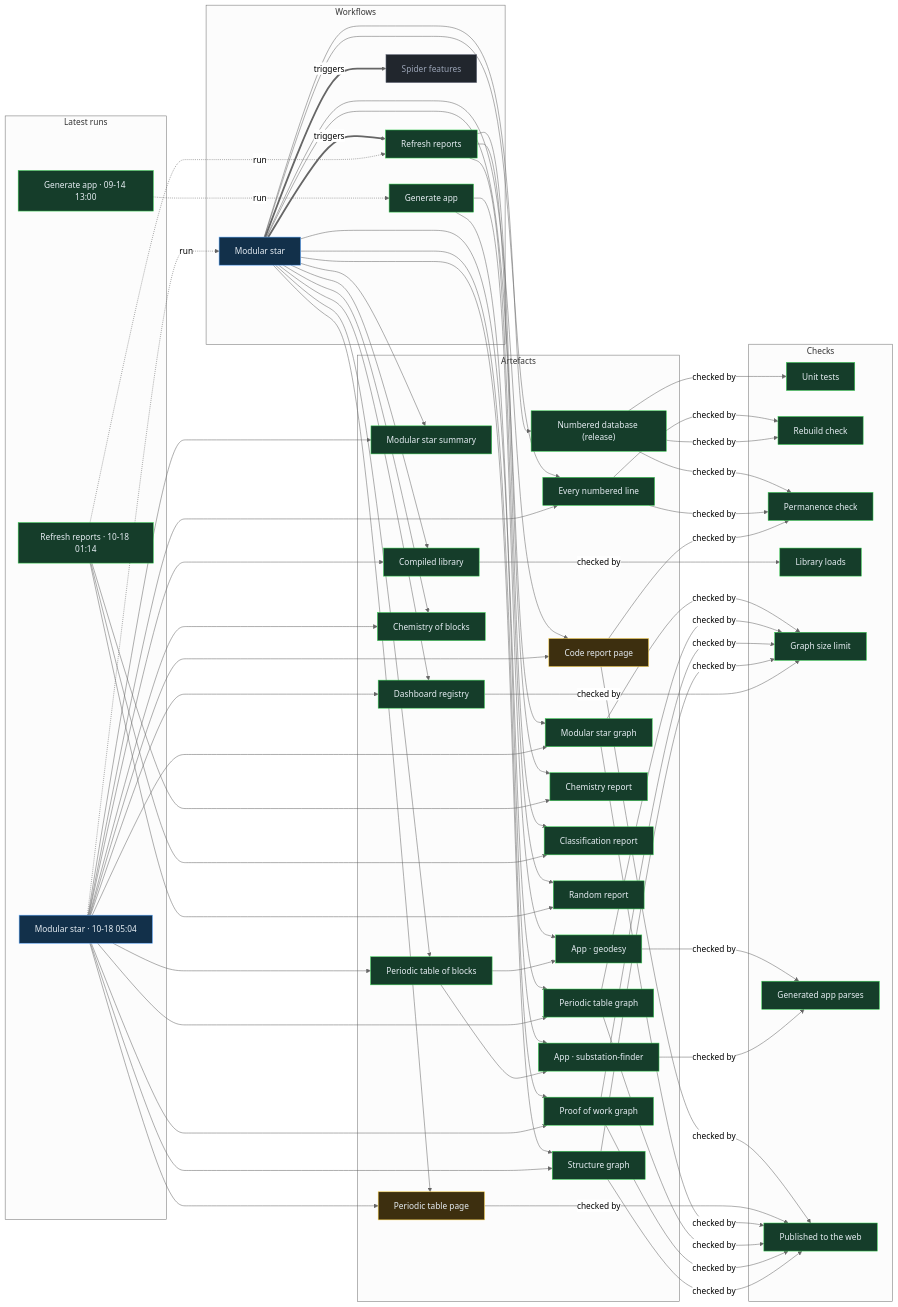
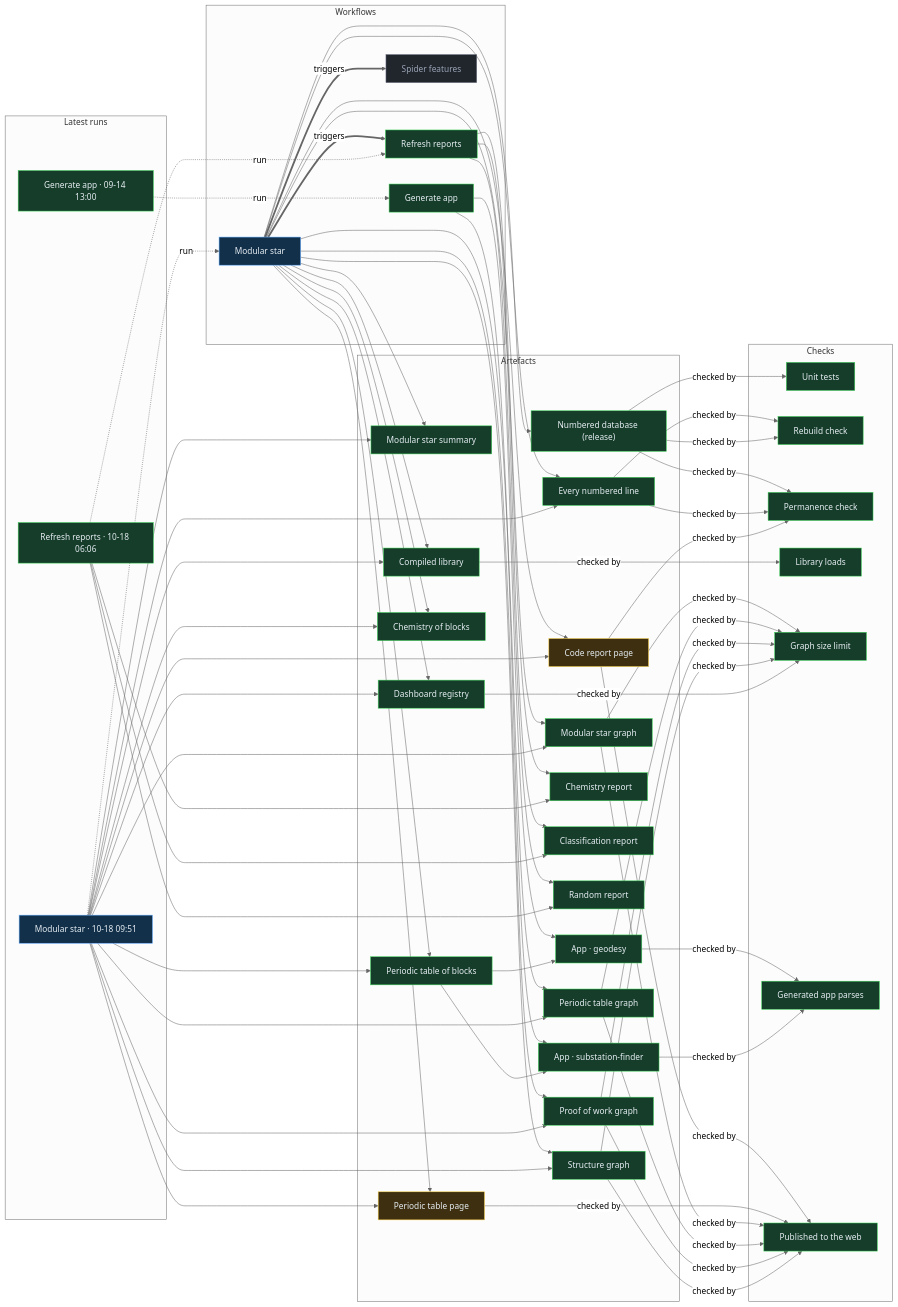
One commit to Ventusltd/stars changed the diagram in proof/PROOF.md. Above: the diagram before and after it, drawn with Mermaid (neutral theme). The commit also changed other lines of this file and 35 other files, not shown here.

Commit message:
Modular star 2026-10-18T09:53Z

```diff
--- a/proof/PROOF.md
+++ b/proof/PROOF.md
@@ -24,8 +24,8 @@
   n_wf_spider_features["Spider features"]:::off
   end
   subgraph g_runs["Latest runs"]
-  n_run_39099315256["Modular star · 10-18 05:04"]:::live
-  n_run_39085768156["Refresh reports · 10-18 01:14"]:::ok
+  n_run_39116988619["Modular star · 10-18 09:51"]:::live
+  n_run_39102843668["Refresh reports · 10-18 06:06"]:::ok
   n_run_34846587798["Generate app · 09-14 13:00"]:::ok
   end
   subgraph g_artefacts["Artefacts"]
@@ -59,39 +59,39 @@
   end
   n_wf_modular_star == triggers ==> n_wf_refresh
   n_wf_modular_star == triggers ==> n_wf_spider_features
-  n_run_39099315256 -. run .-> n_wf_modular_star
-  n_run_39085768156 -. run .-> n_wf_refresh
+  n_run_39116988619 -. run .-> n_wf_modular_star
+  n_run_39102843668 -. run .-> n_wf_refresh
   n_run_34846587798 -. run .-> n_wf_generate
   n_wf_modular_star --> n_art_summary
-  n_run_39099315256 --> n_art_summary
+  n_run_39116988619 --> n_art_summary
   n_wf_modular_star --> n_art_lines
-  n_run_39099315256 --> n_art_lines
+  n_run_39116988619 --> n_art_lines
   n_wf_modular_star --> n_art_code
-  n_run_39099315256 --> n_art_code
+  n_run_39116988619 --> n_art_code
   n_wf_modular_star --> n_art_modular_graph
-  n_run_39099315256 --> n_art_modular_graph
+  n_run_39116988619 --> n_art_modular_graph
   n_wf_modular_star --> n_art_blocks
-  n_run_39099315256 --> n_art_blocks
+  n_run_39116988619 --> n_art_blocks
   n_wf_modular_star --> n_art_table
-  n_run_39099315256 --> n_art_table
+  n_run_39116988619 --> n_art_table
   n_wf_modular_star --> n_art_blocks_graph
-  n_run_39099315256 --> n_art_blocks_graph
+  n_run_39116988619 --> n_art_blocks_graph
   n_wf_modular_star --> n_art_reactions
-  n_run_39099315256 --> n_art_reactions
+  n_run_39116988619 --> n_art_reactions
   n_wf_modular_star --> n_art_library
-  n_run_39099315256 --> n_art_library
+  n_run_39116988619 --> n_art_library
   n_wf_modular_star --> n_art_features
-  n_run_39099315256 --> n_art_features
+  n_run_39116988619 --> n_art_features
   n_wf_modular_star --> n_art_proof
-  n_run_39099315256 --> n_art_proof
+  n_run_39116988619 --> n_art_proof
   n_wf_modular_star --> n_art_structure
-  n_run_39099315256 --> n_art_structure
+  n_run_39116988619 --> n_art_structure
   n_wf_refresh --> n_art_chemistry
-  n_run_39085768156 --> n_art_chemistry
+  n_run_39102843668 --> n_art_chemistry
   n_wf_refresh --> n_art_vedic
-  n_run_39085768156 --> n_art_vedic
+  n_run_39102843668 --> n_art_vedic
   n_wf_refresh --> n_art_random
-  n_run_39085768156 --> n_art_random
+  n_run_39102843668 --> n_art_random
   n_wf_modular_star --> n_art_release
   n_wf_generate --> n_app_geodesy
   n_art_blocks --> n_app_geodesy
```
